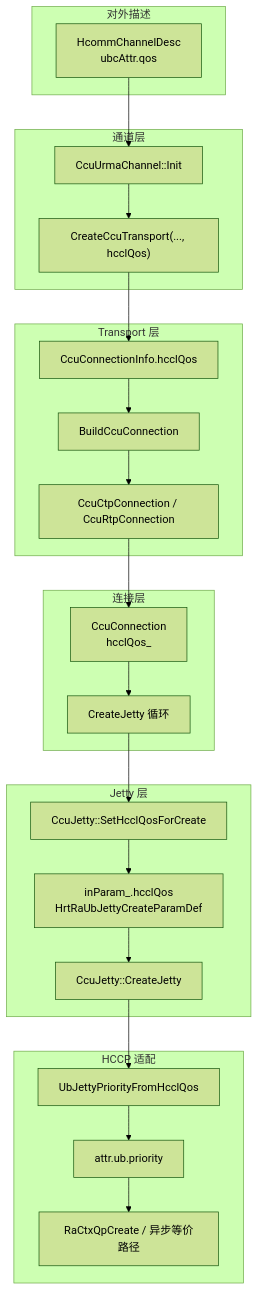
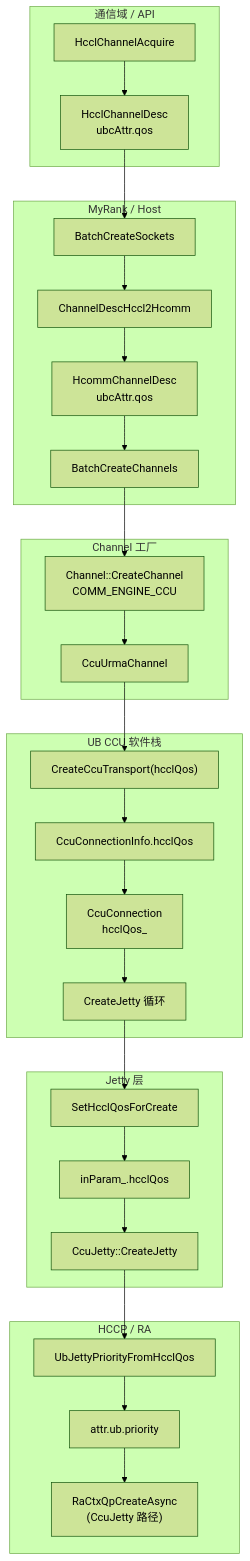
Before and after one commit to libochao-huawei/hcomm: the first of 2 diagrams in docs/ccu_ubc_qos_to_jetty_priority_flow.md, drawn with Mermaid (forest theme). The commit also changed other lines of this file and 2 other files, not shown here.

````diff
--- a/docs/ccu_ubc_qos_to_jetty_priority_flow.md
+++ b/docs/ccu_ubc_qos_to_jetty_priority_flow.md
@@ -46,48 +98,46 @@
 ```mermaid
 flowchart TB
-    subgraph API["对外描述"]
-        HCD["HcommChannelDesc\nubcAttr.qos"]
+    subgraph Comm["通信域 / API"]
+        HCA["HcclChannelAcquire"]
+        HCD["HcclChannelDesc\nubcAttr.qos"]
     end
 
-    subgraph Channel["通道层"]
-        CUR["CcuUrmaChannel::Init"]
-        CCT["CreateCcuTransport(..., hcclQos)"]
+    subgraph Rank["MyRank / Host"]
+        BCS["BatchCreateSockets"]
+        C2H["ChannelDescHccl2Hcomm"]
+        HcommD["HcommChannelDesc\nubcAttr.qos"]
+        BCC["BatchCreateChannels"]
     end
 
-    subgraph Transport["Transport 层"]
-        CCI["CcuConnectionInfo.hcclQos"]
-        BCC["BuildCcuConnection"]
-        CTP["CcuCtpConnection / CcuRtpConnection"]
+    subgraph Factory["Channel 工厂"]
+        CH["Channel::CreateChannel\nCOMM_ENGINE_CCU"]
+        CUR["CcuUrmaChannel"]
     end
 
-    subgraph Conn["连接层"]
+    subgraph UBStack["UB CCU 软件栈"]
+        CCT["CreateCcuTransport(hcclQos)"]
+        CCI["CcuConnectionInfo.hcclQos"]
         CC["CcuConnection\nhcclQos_"]
         CJ["CreateJetty 循环"]
     end
 
     subgraph Jetty["Jetty 层"]
-        JSET["CcuJetty::SetHcclQosForCreate"]
-        INP["inParam_.hcclQos\nHrtRaUbJettyCreateParamDef"]
+        JSET["SetHcclQosForCreate"]
+        INP["inParam_.hcclQos"]
         JCR["CcuJetty::CreateJetty"]
     end
 
-    subgraph Adapter["HCCP 适配"]
+    subgraph Adapter["HCCP / RA"]
         HCP["UbJettyPriorityFromHcclQos"]
         PRI["attr.ub.priority"]
-        RA["RaCtxQpCreate / 异步等价路径"]
+        RA["RaCtxQpCreateAsync\n(CcuJetty 路径)"]
     end
 
-    HCD --> CUR
-    CUR --> CCT
-    CCT --> CCI
-    CCI --> BCC
-    BCC --> CTP
-    CTP --> CC
-    CC --> CJ
-    CJ --> JSET
-    JSET --> INP
-    INP --> JCR
-    JCR --> HCP
-    HCP --> PRI
-    PRI --> RA
+    HCA --> HCD
+    HCD --> BCS
+    BCS --> C2H --> HcommD
+    HcommD --> BCC --> CH --> CUR
+    CUR --> CCT --> CCI --> CC --> CJ
+    CJ --> JSET --> INP --> JCR
+    JCR --> HCP --> PRI --> RA
 ```
````
